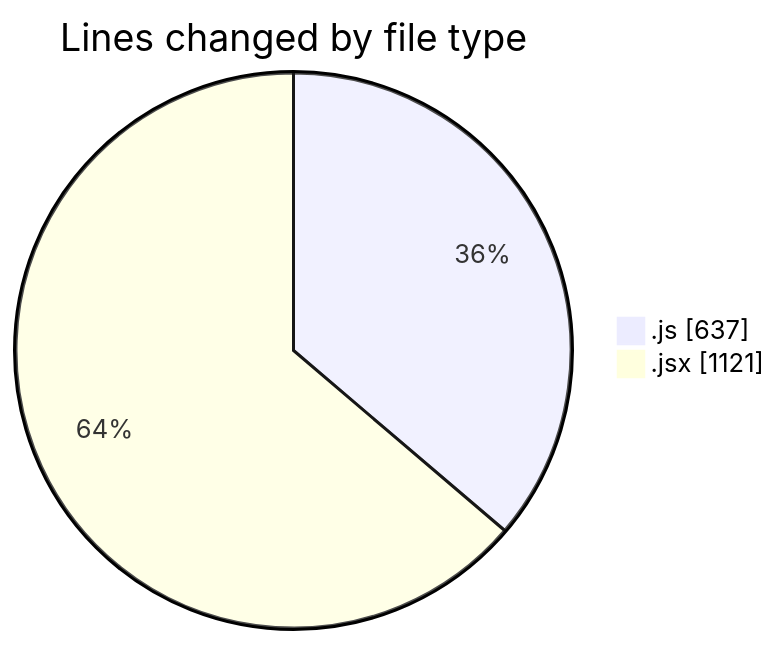
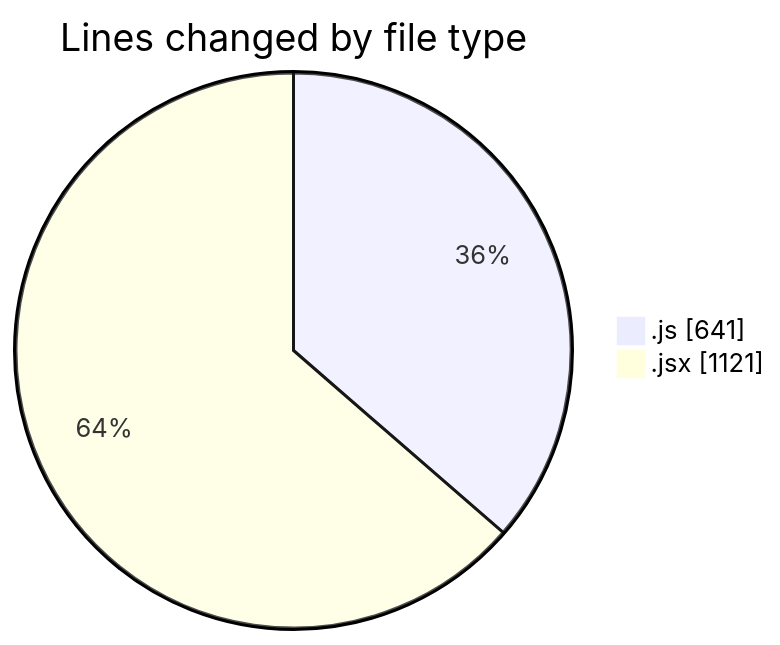
Before and after one commit to nxtqubesakshisongat/code-tracking: the first of 2 diagrams in 2025-07-02/argos/README.md, drawn with Mermaid. The commit also changed other lines of this file and 1 other file, not shown here.

````diff
--- a/2025-07-02/argos/README.md
+++ b/2025-07-02/argos/README.md
@@ -24,6 +24,6 @@
 ```mermaid
 pie showData
 title Lines changed by file type
-".js" : 637
+".js" : 641
 ".jsx" : 1121
 ```
````
